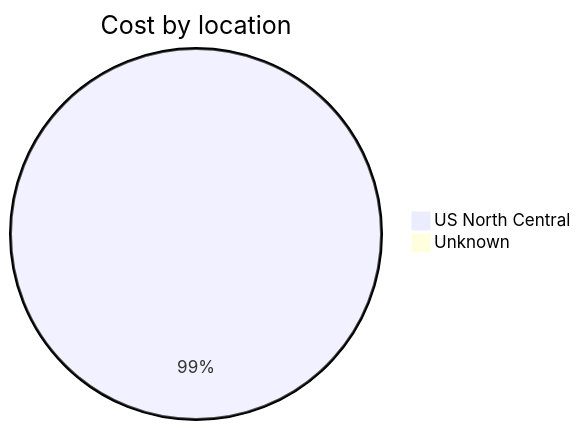
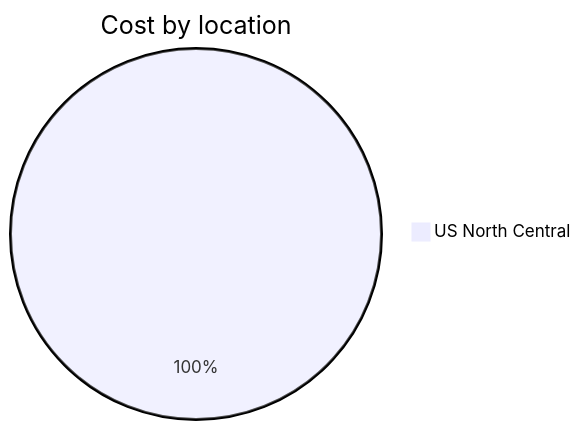
One commit to jpfulton/azure-personal-reports changed the third of 4 diagrams in cost-reports/personal-network/README.md. Above: the diagram before and after it, drawn with Mermaid. The commit also changed other lines of this file and 8 other files, not shown here.

````diff
--- a/cost-reports/personal-network/README.md
+++ b/cost-reports/personal-network/README.md
@@ -112,6 +107,5 @@
 ```mermaid
 pie
    title Cost by location
-   "US North Central" : 54.05
-   "Unknown" : 0.45
+   "US North Central" : 0.12
 ```
````
